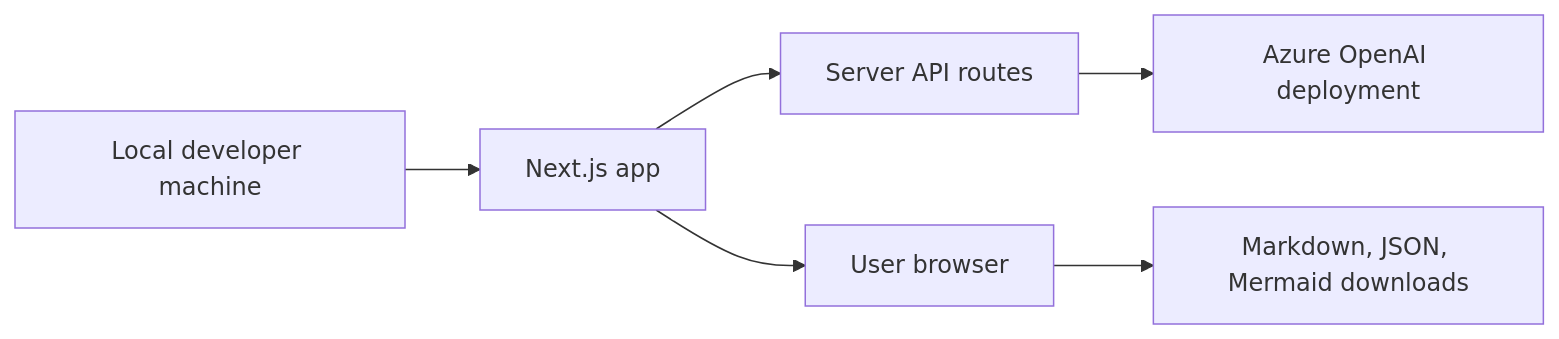
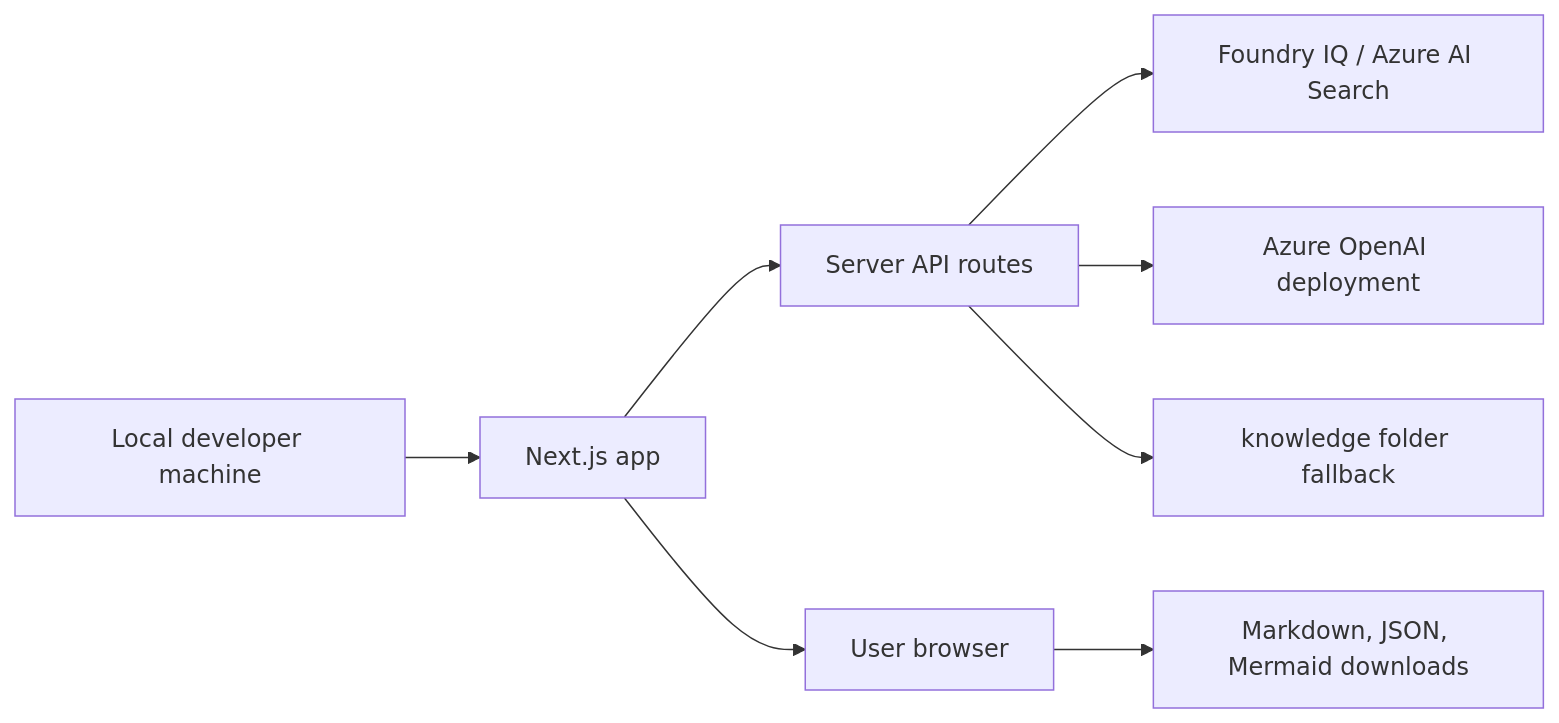
Before and after one commit to beretests/Power-Platform-Solution-Architect-Agent: the ninth of 9 diagrams in docs/architecture.md, drawn with Mermaid. The commit also changed other lines of this file and 24 other files, not shown here.

````diff
--- a/docs/architecture.md
+++ b/docs/architecture.md
@@ -279,8 +371,10 @@
 ```mermaid
 flowchart LR
     Dev[Local developer machine] --> Next[Next.js app]
     Next --> ApiRoutes[Server API routes]
+    ApiRoutes --> FoundryIQ[Foundry IQ / Azure AI Search]
     ApiRoutes --> AzureOpenAI[Azure OpenAI deployment]
+    ApiRoutes --> LocalKnowledge[knowledge folder fallback]
     Next --> Browser[User browser]
     Browser --> Downloads[Markdown, JSON, Mermaid downloads]
 ```
````
